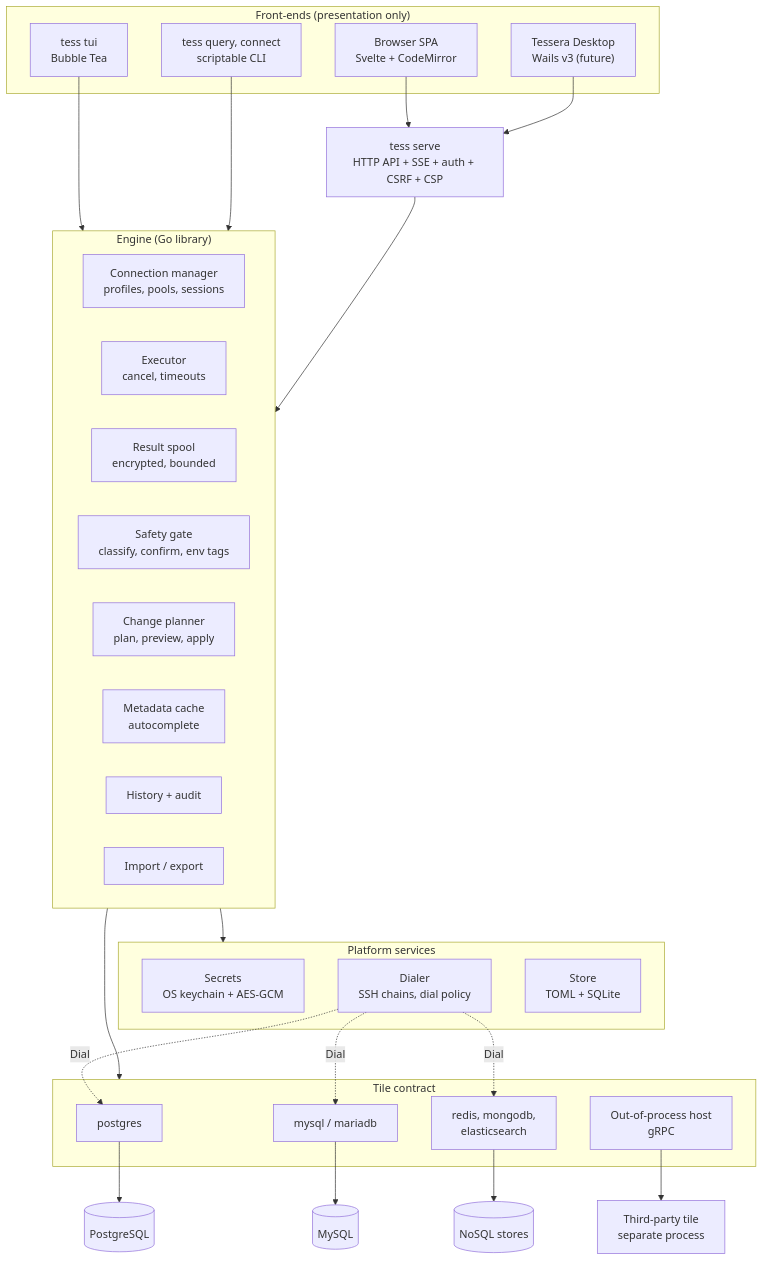
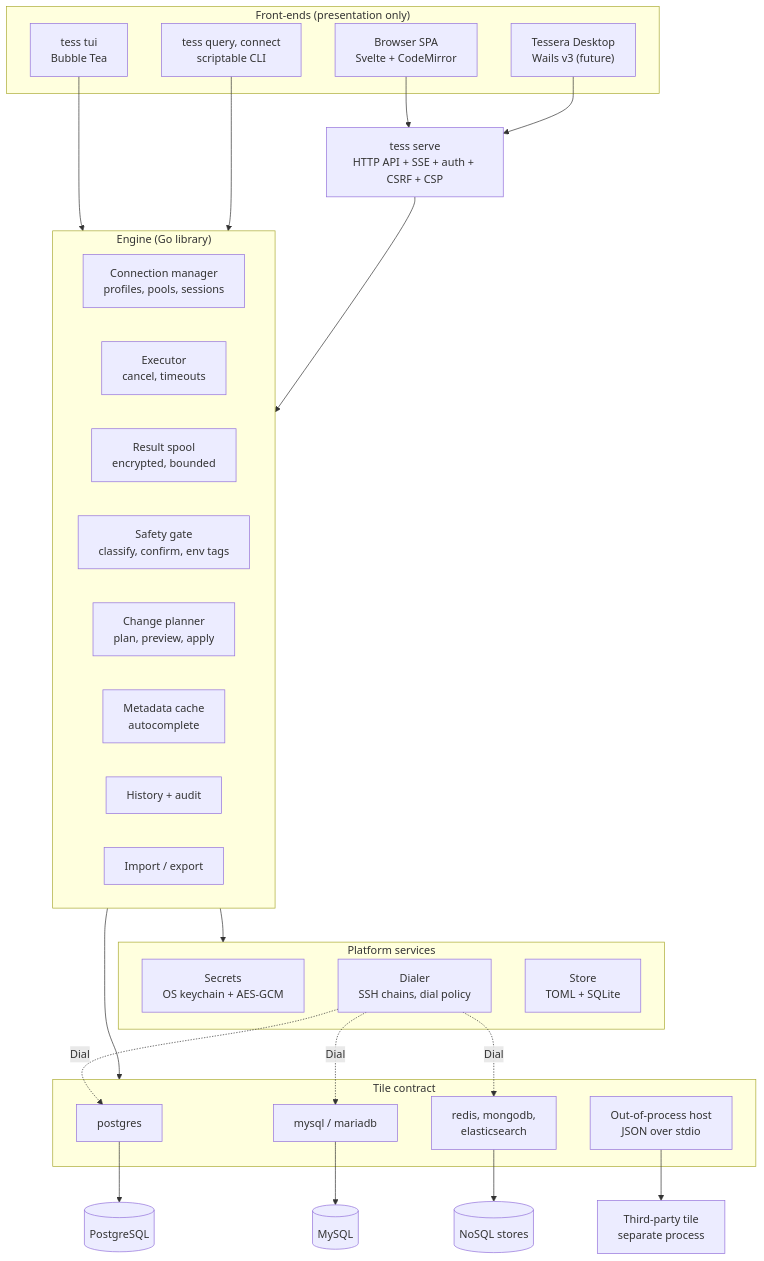
The first of 3 diagrams in design-spec/design.md (arunksoman/tessera), drawn with Mermaid before and after one commit. The commit also changed other lines of this file and 24 other files, not shown here.

First line of the commit message:
feat: installable out-of-process plugins

````diff
--- a/design-spec/design.md
+++ b/design-spec/design.md
@@ -47,51 +47,51 @@
 ```mermaid
 flowchart TB
   subgraph FE["Front-ends (presentation only)"]
     TUI["tess tui<br/>Bubble Tea"]
     CLI["tess query, connect<br/>scriptable CLI"]
     WEB["Browser SPA<br/>Svelte + CodeMirror"]
     DESK["Tessera Desktop<br/>Wails v3 (future)"]
   end
 
   API["tess serve<br/>HTTP API + SSE + auth + CSRF + CSP"]
   WEB --> API
   DESK --> API
 
   subgraph ENG["Engine (Go library)"]
     CM["Connection manager<br/>profiles, pools, sessions"]
     EX["Executor<br/>cancel, timeouts"]
     SP["Result spool<br/>encrypted, bounded"]
     SAFE["Safety gate<br/>classify, confirm, env tags"]
     PLAN["Change planner<br/>plan, preview, apply"]
     META["Metadata cache<br/>autocomplete"]
     AUD["History + audit"]
     IO["Import / export"]
   end
 
   TUI --> ENG
   CLI --> ENG
   API --> ENG
 
   subgraph PLAT["Platform services"]
     SEC["Secrets<br/>OS keychain + AES-GCM"]
     NET["Dialer<br/>SSH chains, dial policy"]
     STORE["Store<br/>TOML + SQLite"]
   end
   ENG --> PLAT
 
   subgraph TILES["Tile contract"]
     PG["postgres"]
     MY["mysql / mariadb"]
     FUT["redis, mongodb,<br/>elasticsearch"]
-    HOST["Out-of-process host<br/>gRPC"]
+    HOST["Out-of-process host<br/>JSON over stdio"]
   end
   ENG --> TILES
   HOST --> EXT["Third-party tile<br/>separate process"]
 
   PG --> PGDB[(PostgreSQL)]
   MY --> MYDB[(MySQL)]
   FUT --> NOSQL[(NoSQL stores)]
   NET -.->|Dial| PG
   NET -.->|Dial| MY
   NET -.->|Dial| FUT
 ```
````
